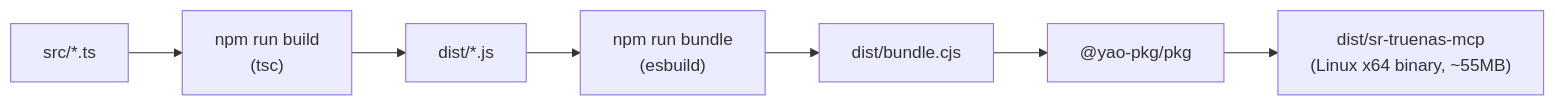
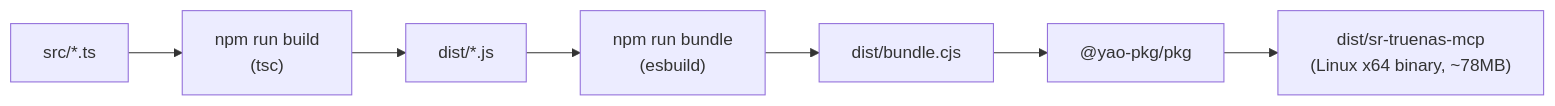
The fifth of 5 diagrams in docs/ARCHITECTURE.md (staticrevolution-com/sr-truenas-mcp), drawn with Mermaid before and after one commit. The commit also changed 11 other files, not shown here.

````diff
--- a/docs/ARCHITECTURE.md
+++ b/docs/ARCHITECTURE.md
@@ -425,9 +425,9 @@
 ```mermaid
 flowchart LR
     Src["src/*.ts"] --> Tsc["npm run build<br/>(tsc)"]
     Tsc --> Dist["dist/*.js"]
     Dist --> Bundle["npm run bundle<br/>(esbuild)"]
     Bundle --> CJS["dist/bundle.cjs"]
     CJS --> Pkg["@yao-pkg/pkg"]
-    Pkg --> Bin["dist/sr-truenas-mcp<br/>(Linux x64 binary, ~55MB)"]
+    Pkg --> Bin["dist/sr-truenas-mcp<br/>(Linux x64 binary, ~78MB)"]
 ```
````
